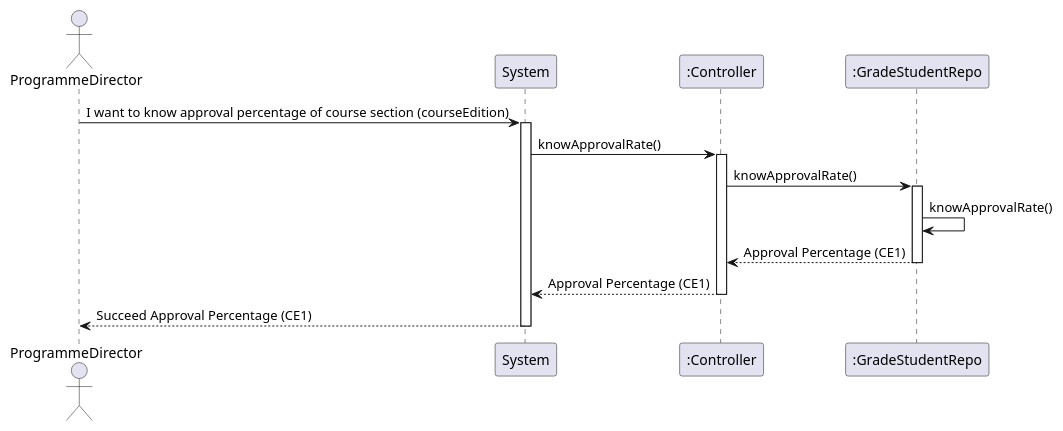
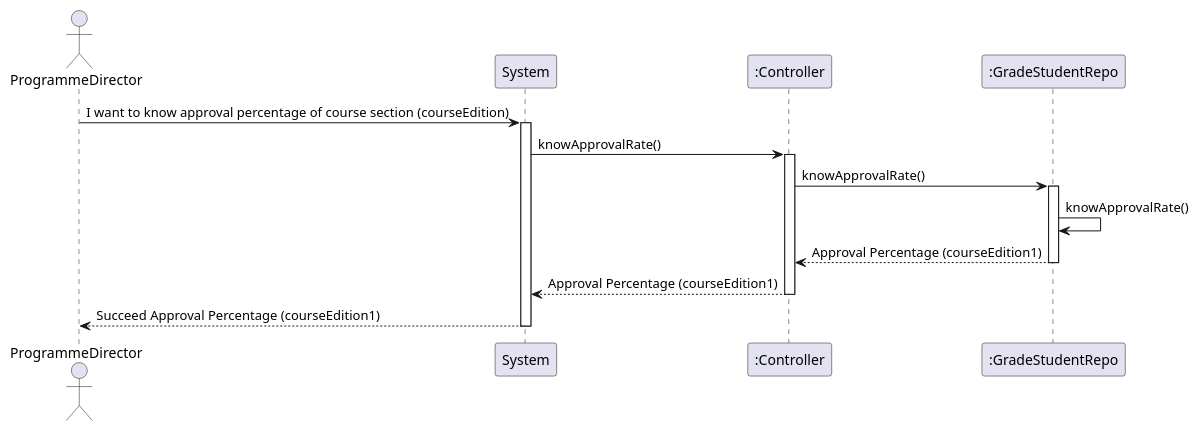
One commit to GasparISEP/DevOps-PAI changed the diagram in docs/sequenceSystemDiagrams/US23/US23_IWantToKnowTheApprovalPercentageOfACourseEdition.puml. Above: the diagram before and after it, drawn with PlantUML.

Commit message:
US23 - Changed sequence diagram

```diff
--- a/docs/sequenceSystemDiagrams/US23/US23_IWantToKnowTheApprovalPercentageOfACourseEdition.puml
+++ b/docs/sequenceSystemDiagrams/US23/US23_IWantToKnowTheApprovalPercentageOfACourseEdition.puml
@@ -1,22 +1,22 @@
 @startuml
 actor ProgrammeDirector
 
 participant "System" as S
 participant ":Controller" as C
 participant ":GradeStudentRepo" as GSR
 
 ProgrammeDirector -> S : I want to know approval percentage of course section (courseEdition)
 activate S
 S -> C : knowApprovalRate()
 activate C
 C -> GSR : knowApprovalRate()
 activate GSR
 GSR -> GSR : knowApprovalRate()
-GSR --> C : Approval Percentage (CE1)
+GSR --> C : Approval Percentage (courseEdition1)
 deactivate GSR
-C --> S : Approval Percentage (CE1)
+C --> S : Approval Percentage (courseEdition1)
 deactivate C
-S --> ProgrammeDirector : Succeed Approval Percentage (CE1)
+S --> ProgrammeDirector : Succeed Approval Percentage (courseEdition1)
 deactivate S
 
 @enduml
```
